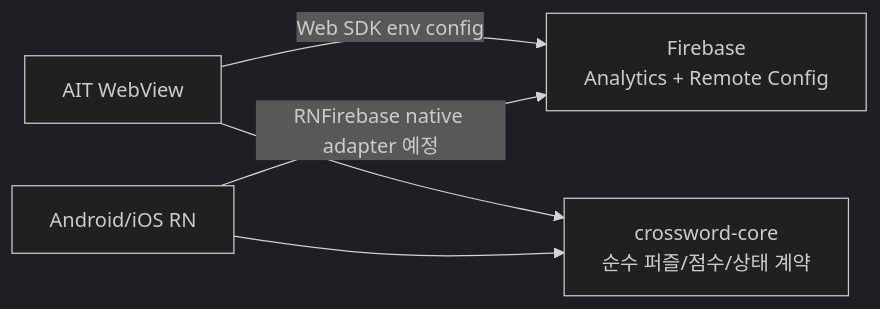
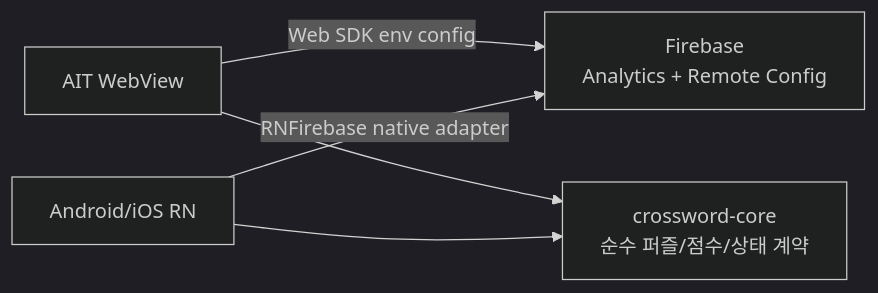
Before and after one commit to seorilabs/crossword-puzzle: the diagram in docs/firebase-analytics-remote-config.md, drawn with Mermaid (dark theme). The commit also changed other lines of this file and 32 other files, not shown here.

````diff
--- a/docs/firebase-analytics-remote-config.md
+++ b/docs/firebase-analytics-remote-config.md
@@ -7,12 +7,12 @@
 ```mermaid
 flowchart LR
   Core["crossword-core<br/>순수 퍼즐/점수/상태 계약"]
   AIT["AIT WebView"]
   Mobile["Android/iOS RN"]
   Firebase["Firebase<br/>Analytics + Remote Config"]
 
   AIT -->|Web SDK env config| Firebase
-  Mobile -->|RNFirebase native adapter 예정| Firebase
+  Mobile -->|RNFirebase native adapter| Firebase
   AIT --> Core
   Mobile --> Core
 ```
````
